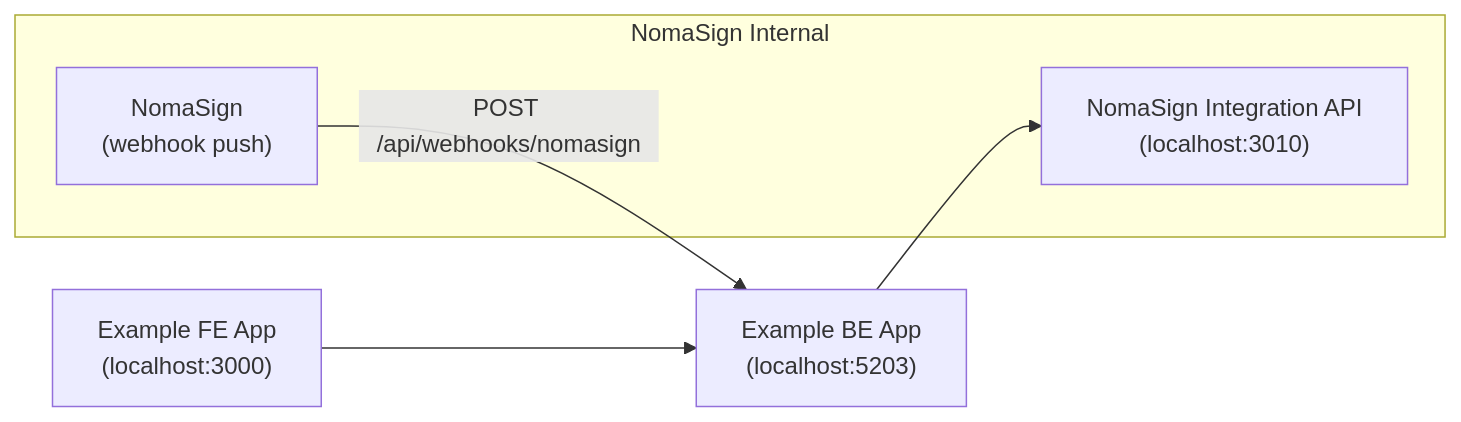
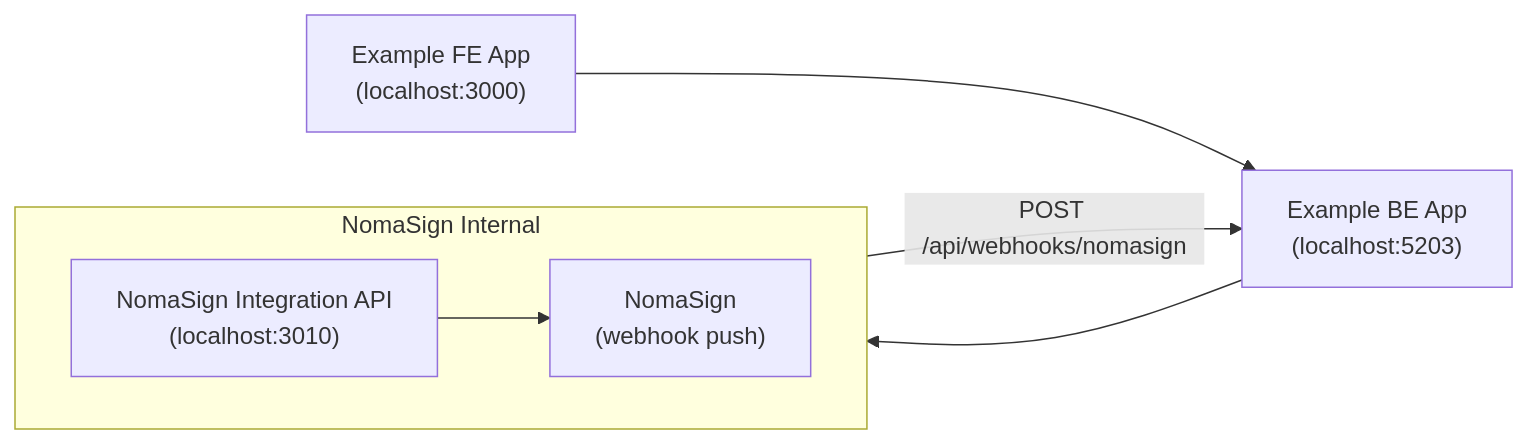
The diagram in README.md (Nomasign/IntegrationExamples), drawn with Mermaid before and after one commit.

Commit message:
Fix diagram flow direction

````diff
--- a/README.md
+++ b/README.md
@@ -7,12 +7,13 @@
 ```mermaid
 graph LR
     UI["Example FE App<br/>(localhost:3000)"] --> Backend["Example BE App<br/>(localhost:5203)"]
     Backend --> API["NomaSign Integration API<br/>(localhost:3010)"]
+    API --> Webhook["NomaSign<br/>(webhook push)"]
+    Webhook -->|"POST /api/webhooks/nomasign"| Backend
 
     subgraph NomaSign Internal
+        direction LR
         API
-        Webhook["NomaSign<br/>(webhook push)"]
+        Webhook
     end
-
-    Webhook -->|"POST /api/webhooks/nomasign"| Backend
 ```
````
